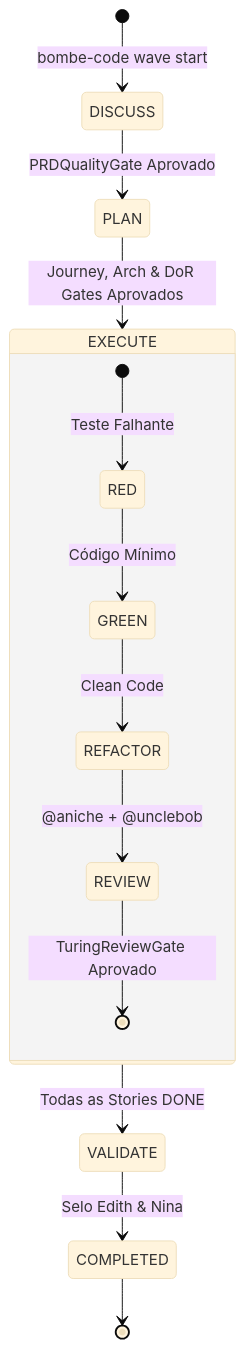
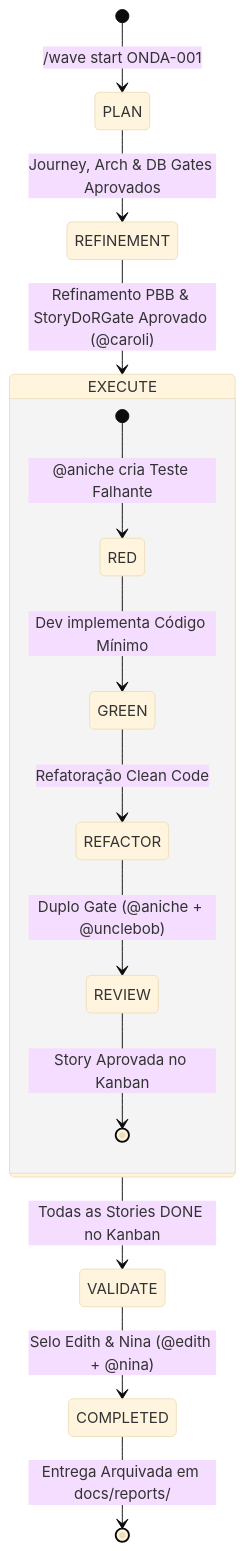
Before and after one commit to alexsandropontes/bombe-code: the second of 2 diagrams in README.md, drawn with Mermaid (base theme). The commit also changed other lines of this file and 3 other files, not shown here.

````diff
--- a/README.md
+++ b/README.md
@@ -107,16 +167,18 @@
 ```mermaid
 stateDiagram-v2
-    [*] --> DISCUSS: bombe-code wave start
-    DISCUSS --> PLAN: PRDQualityGate Aprovado
-    PLAN --> EXECUTE: Journey, Arch & DoR Gates Aprovados
+    [*] --> PLAN: /wave start ONDA-001
+    PLAN --> REFINEMENT: Journey, Arch & DB Gates Aprovados
+    REFINEMENT --> EXECUTE: Refinamento PBB & StoryDoRGate Aprovado (@caroli)
+    
     state EXECUTE {
-        [*] --> RED: Teste Falhante
-        RED --> GREEN: Código Mínimo
-        GREEN --> REFACTOR: Clean Code
-        REFACTOR --> REVIEW: @aniche + @unclebob
-        REVIEW --> [*]: TuringReviewGate Aprovado
+        [*] --> RED: @aniche cria Teste Falhante
+        RED --> GREEN: Dev implementa Código Mínimo
+        GREEN --> REFACTOR: Refatoração Clean Code
+        REFACTOR --> REVIEW: Duplo Gate (@aniche + @unclebob)
+        REVIEW --> [*]: Story Aprovada no Kanban
     }
-    EXECUTE --> VALIDATE: Todas as Stories DONE
-    VALIDATE --> COMPLETED: Selo Edith & Nina
-    COMPLETED --> [*]
+    
+    EXECUTE --> VALIDATE: Todas as Stories DONE no Kanban
+    VALIDATE --> COMPLETED: Selo Edith & Nina (@edith + @nina)
+    COMPLETED --> [*]: Entrega Arquivada em docs/reports/
 ```
````
